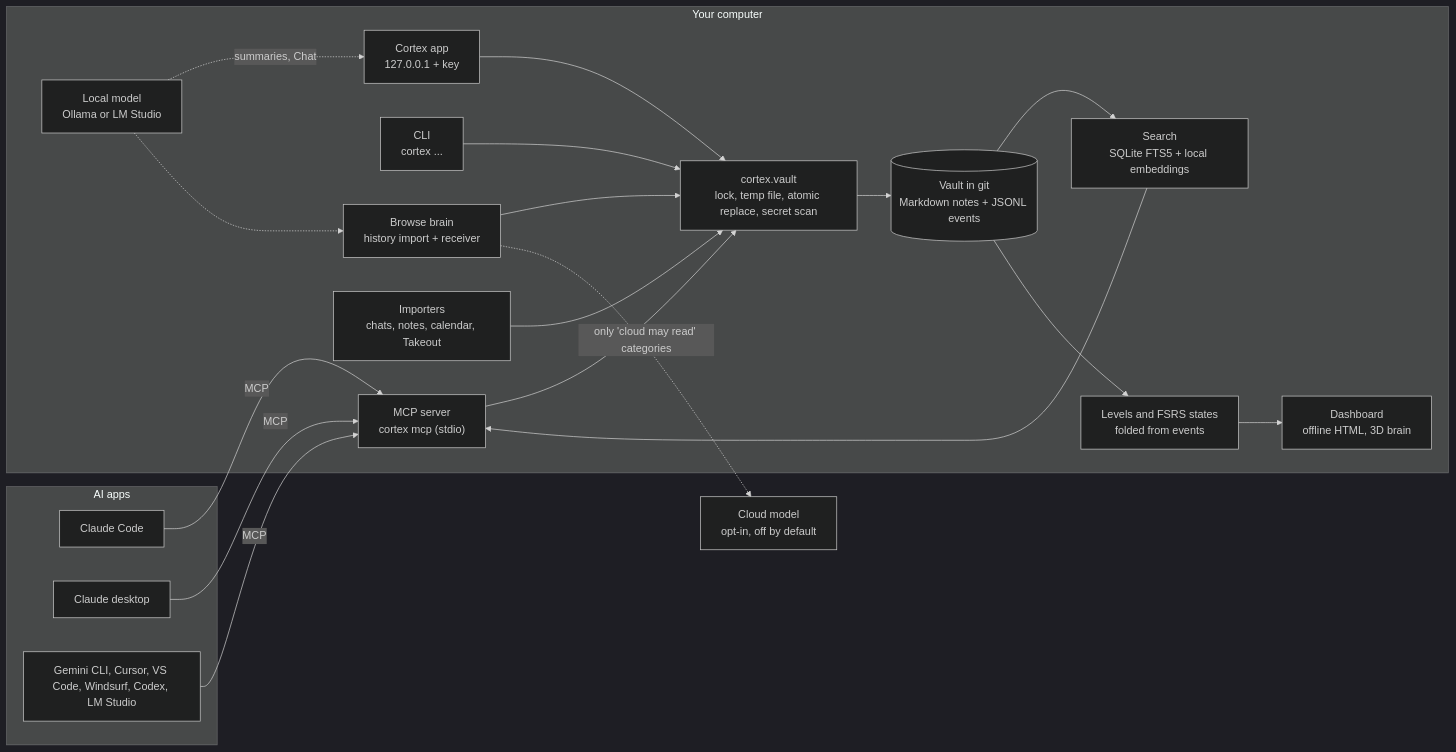
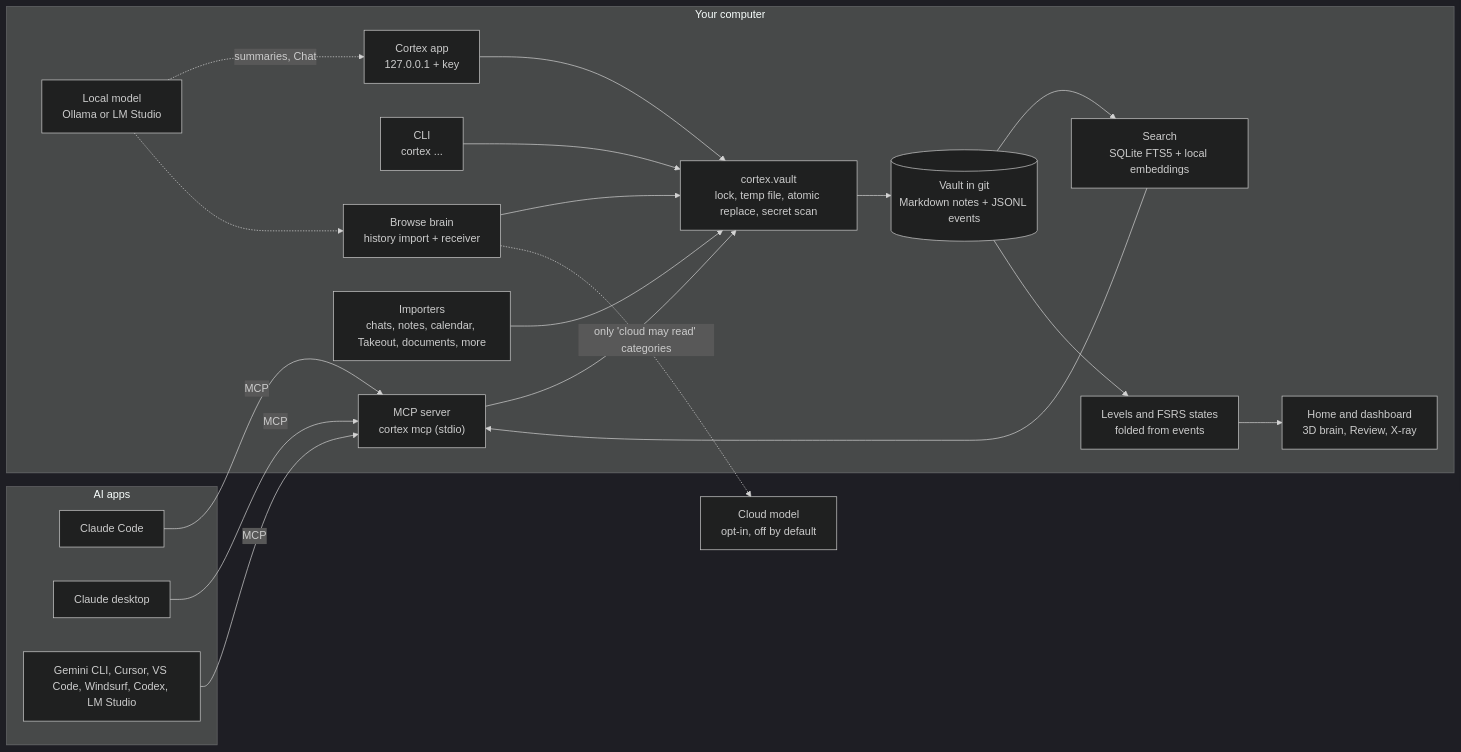
The diagram in README.md (alenissacsam-2/cortex-learner), drawn with Mermaid (dark theme) before and after one commit. The commit also changed other lines of this file and 8 other files, not shown here.

First line of the commit message:
README: what Cortex is, measured numbers and charts, how it differs

````diff
--- a/README.md
+++ b/README.md
@@ -103,36 +202,36 @@
 ```mermaid
 flowchart LR
     subgraph apps["AI apps"]
         CC["Claude Code"]
         CD["Claude desktop"]
         OT["Gemini CLI, Cursor, VS Code, Windsurf, Codex, LM Studio"]
     end
     subgraph pc["Your computer"]
         MCP["MCP server<br/>cortex mcp (stdio)"]
         CLI["CLI<br/>cortex ..."]
         APP["Cortex app<br/>127.0.0.1 + key"]
         VW["cortex.vault<br/>lock, temp file, atomic replace, secret scan"]
         VAULT[("Vault in git<br/>Markdown notes + JSONL events")]
         IDX["Search<br/>SQLite FTS5 + local embeddings"]
         FOLD["Levels and FSRS states<br/>folded from events"]
-        DASH["Dashboard<br/>offline HTML, 3D brain"]
-        IMP["Importers<br/>chats, notes, calendar, Takeout"]
+        DASH["Home and dashboard<br/>3D brain, Review, X-ray"]
+        IMP["Importers<br/>chats, notes, calendar, Takeout, documents, more"]
         BR["Browse brain<br/>history import + receiver"]
         LLM["Local model<br/>Ollama or LM Studio"]
     end
     CLOUD["Cloud model<br/>opt-in, off by default"]
     CC & CD & OT -->|MCP| MCP
     MCP --> VW
     CLI --> VW
     APP --> VW
     IMP --> VW
     BR --> VW
     VW --> VAULT
     VAULT --> IDX
     VAULT --> FOLD
     FOLD --> DASH
     IDX --> MCP
     LLM -.->|summaries, Chat| APP
     LLM -.-> BR
     BR -.->|"only 'cloud may read' categories"| CLOUD
 ```
````
